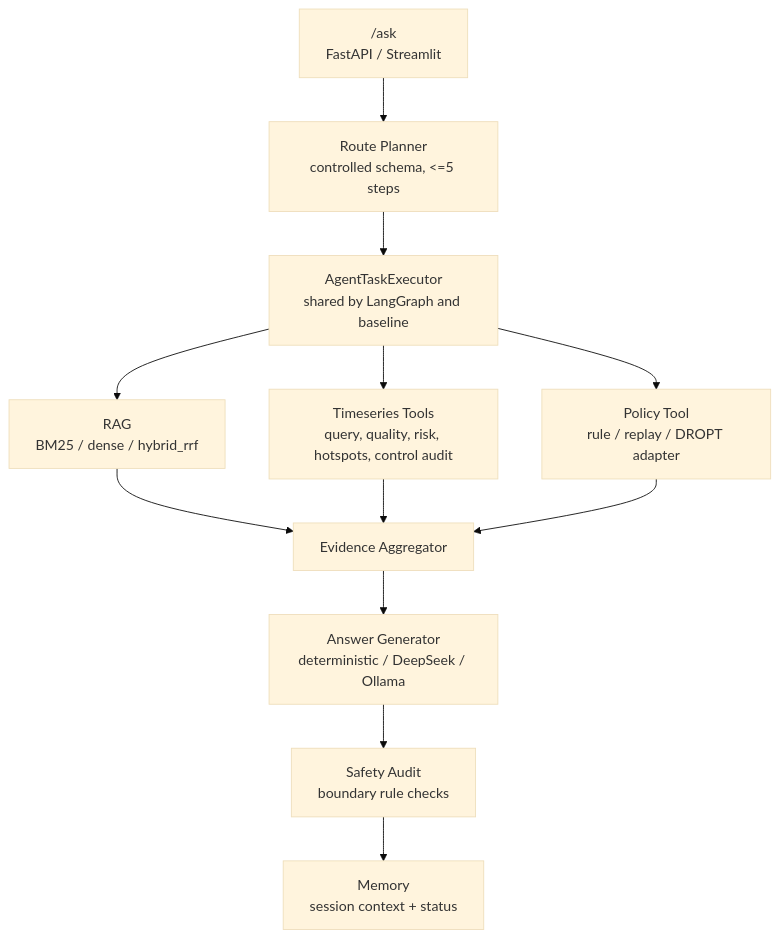
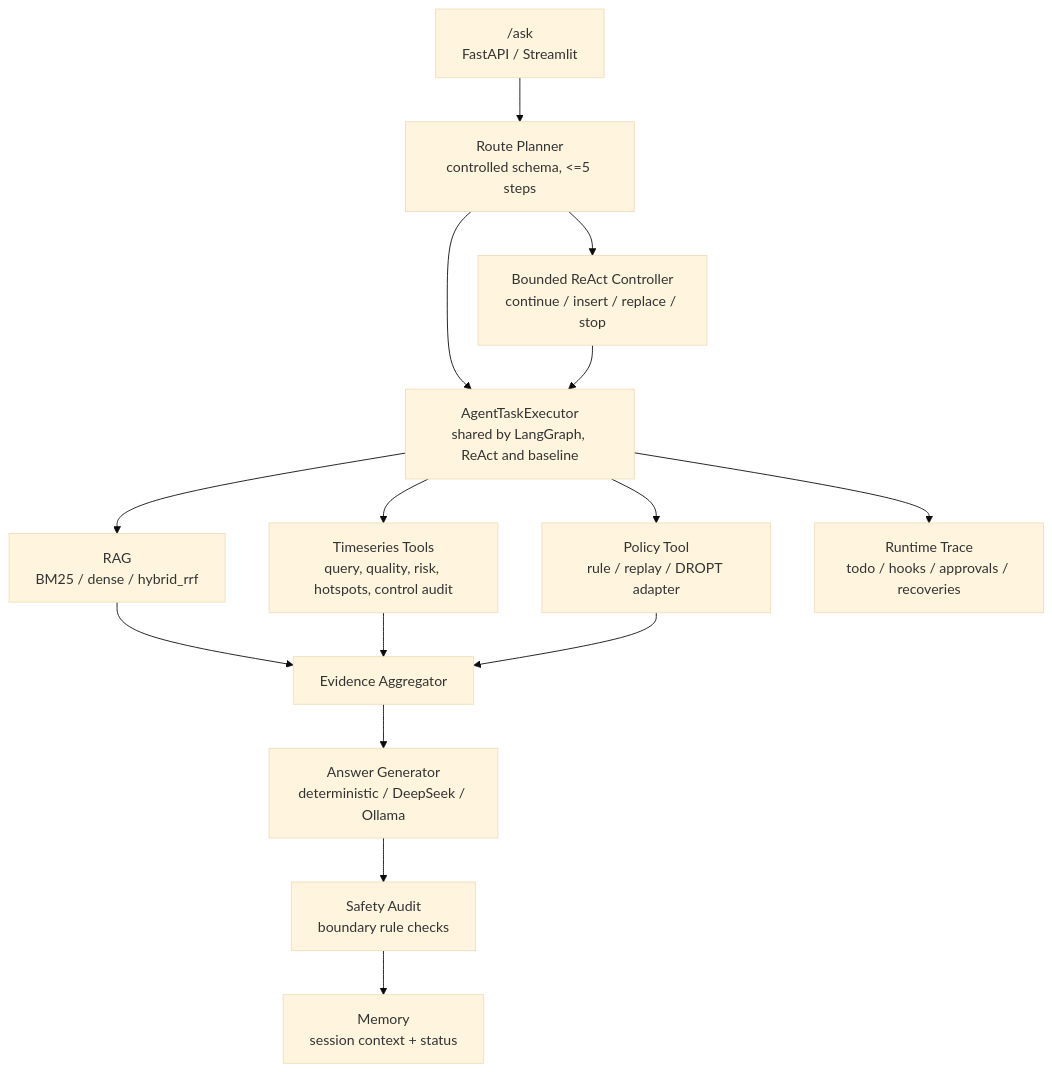
The first of 2 diagrams in README.md (zwzwzwzwz123/DataCenter-HVAC-Copilot), drawn with Mermaid (base theme) before and after one commit. The commit also changed other lines of this file and 34 other files, not shown here.

````diff
--- a/README.md
+++ b/README.md
@@ -8,14 +8,17 @@
 ```mermaid
 flowchart TD
     A["/ask<br/>FastAPI / Streamlit"] --> B["Route Planner<br/>controlled schema, <=5 steps"]
-    B --> C["AgentTaskExecutor<br/>shared by LangGraph and baseline"]
+    B --> R["Bounded ReAct Controller<br/>continue / insert / replace / stop"]
+    B --> C["AgentTaskExecutor<br/>shared by LangGraph, ReAct and baseline"]
+    R --> C
     C --> D["RAG<br/>BM25 / dense / hybrid_rrf"]
     C --> E["Timeseries Tools<br/>query, quality, risk, hotspots, control audit"]
     C --> F["Policy Tool<br/>rule / replay / DROPT adapter"]
+    C --> T["Runtime Trace<br/>todo / hooks / approvals / recoveries"]
     D --> G["Evidence Aggregator"]
     E --> G
     F --> G
     G --> H["Answer Generator<br/>deterministic / DeepSeek / Ollama"]
     H --> I["Safety Audit<br/>boundary rule checks"]
     I --> J["Memory<br/>session context + status"]
 ```
````
